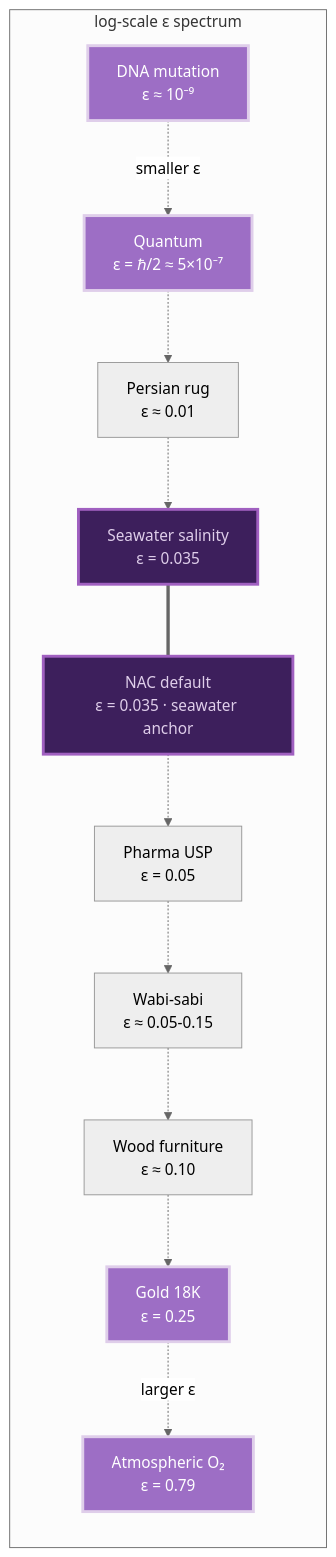
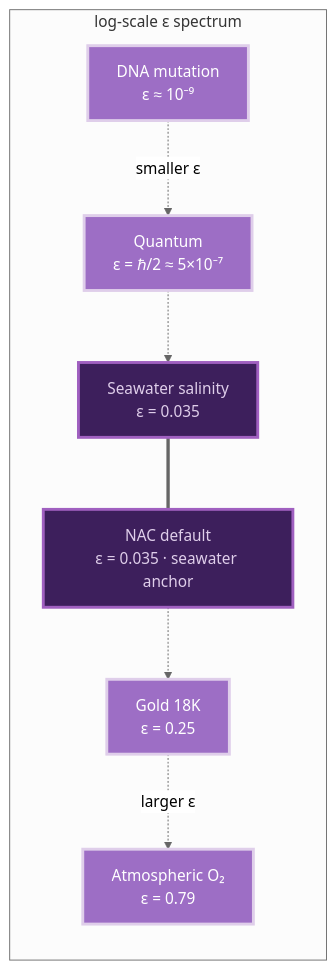
Before and after one commit to LostMaxi/nac-architecture-calculus: the fifth of 9 diagrams in visuals.md, drawn with Mermaid (neutral theme). The commit also changed other lines of this file and 2 other files, not shown here.

````diff
--- a/visuals.md
+++ b/visuals.md
@@ -152,30 +141,22 @@
 ```mermaid
 graph LR
     subgraph "log-scale ε spectrum"
         Q[Quantum<br/>ε = ℏ/2 ≈ 5×10⁻⁷]
         DNA[DNA mutation<br/>ε ≈ 10⁻⁹]
-        Persian[Persian rug<br/>ε ≈ 0.01]
-        Drug[Pharma USP<br/>ε = 0.05]
         NAC_def[NAC default<br/>ε = 0.035 · seawater anchor]
         Sea[Seawater salinity<br/>ε = 0.035]
-        Wabi[Wabi-sabi<br/>ε ≈ 0.05-0.15]
-        Wood[Wood furniture<br/>ε ≈ 0.10]
         Gold[Gold 18K<br/>ε = 0.25]
         O2[Atmospheric O₂<br/>ε = 0.79]
     end
 
     DNA -.smaller ε.-> Q
-    Q -.-> Persian
-    Persian -.-> Sea
+    Q -.-> Sea
     Sea === NAC_def
-    NAC_def -.-> Drug
-    Drug -.-> Wabi
-    Wabi -.-> Wood
-    Wood -.-> Gold
+    NAC_def -.-> Gold
     Gold -.larger ε.-> O2
 
     classDef verified fill:#9d6ec5,stroke:#dfceea,stroke-width:3px,color:#ffffff
     classDef anchor fill:#3d1f5c,stroke:#a060c0,stroke-width:3px,color:#dfceea
     class O2,Gold,DNA,Q verified
     class Sea,NAC_def anchor
 ```
````
